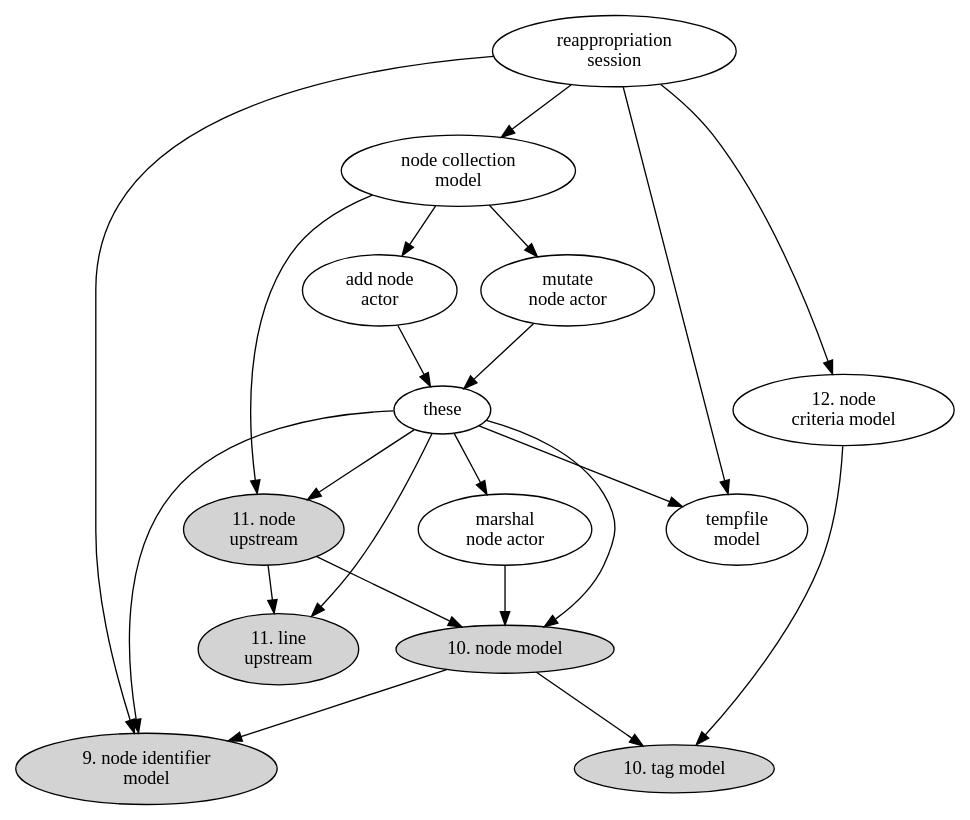
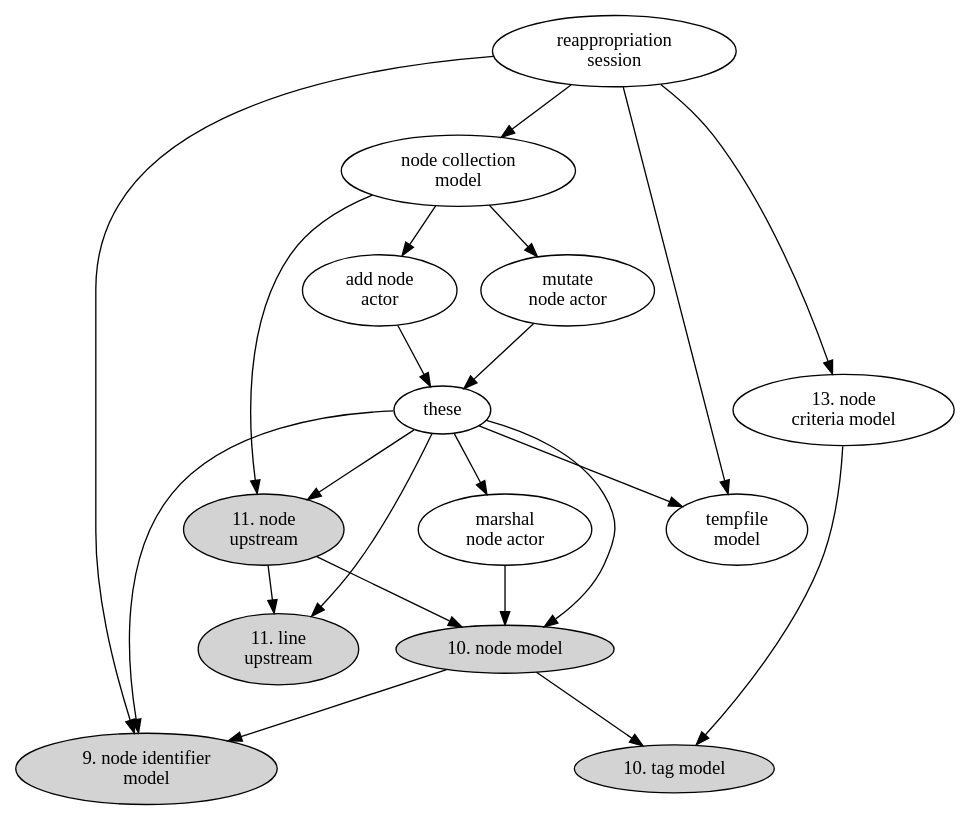
The diagram in lib/skylab/snag/doc/issues/038/component-digraph.dot (hipe/tmx), drawn with Graphviz before and after one commit. The commit also changed 10 other files, not shown here.

```diff
--- a/lib/skylab/snag/doc/issues/038/component-digraph.dot
+++ b/lib/skylab/snag/doc/issues/038/component-digraph.dot
@@ -1,64 +1,64 @@
 digraph {
 
   add_node_actor [label="add node\nactor"]
-  criteria_model [label="12. node\ncriteria model"]
+  criteria_model [label="13. node\ncriteria model"]
   line_upstream [label="11. line\nupstream" style=filled]
   marshal_node_actor [label="marshal\nnode actor"]
   mutate_node_actor [label="mutate\nnode actor"]
   node_collection_model [label="node collection\nmodel"]
   node_identifier_model [label="9. node identifier\nmodel" style=filled]
   node_model [label="10. node model" style=filled]
   node_upstream [label="11. node\nupstream" style=filled]
   reappropriation_session [label="reappropriation\nsession"]
   tag_model [label="10. tag model" style=filled]
   tempfile_model [label="tempfile\nmodel"]
 
 
   reappropriation_session -> node_collection_model
 
   node_collection_model -> node_upstream
   node_upstream -> line_upstream
   node_upstream -> node_model
 
   reappropriation_session -> criteria_model
   reappropriation_session -> node_identifier_model
   reappropriation_session -> tempfile_model
 
   criteria_model -> tag_model
 
   node_collection_model -> mutate_node_actor
   node_collection_model -> add_node_actor
 
   mutate_node_actor -> these
   add_node_actor -> these
 
   these -> node_identifier_model
   these -> line_upstream
   these -> marshal_node_actor
   these -> node_upstream
   these -> node_model
   these -> tempfile_model
 
   node_model -> node_identifier_model
   node_model -> tag_model
   marshal_node_actor -> node_model
 
 /*
 ([sg] G.U CLI 1/3 [po] 1/2 [sg] 1/N deletes)
 ([sg]   /N renames)
 ([sg]   /N wippify all tests except "loads"
 ([sg]   /N API ping spec
 ([sg]   /N CLI integration (top)
 ([sg]   /N date spec
 ([sg]  7/N todo spec
 ([sg]  8/N todo's stream (back)
 ([sg]  9/N todo's stream (front)
 [ .. the above graph data .. ]
 ([sg]   /N universal stream visual test
 ([sg]   /N todo melt
 ([sg]   /N digraph spec (make one)
 ([sg]   /N find all
 */
 
 
 }
```
